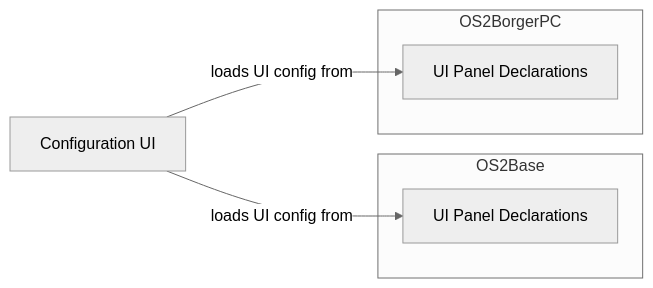
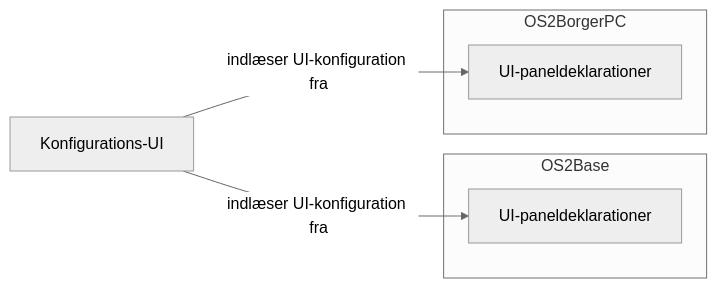
The eighth of 9 diagrams in presentation/slides.md (0xf1e/os2fri-dokumentation), drawn with Mermaid (neutral theme) before and after one commit. The commit also changed other lines of this file, not shown here.

```diff
--- a/presentation/slides.md
+++ b/presentation/slides.md
@@ -230,12 +230,12 @@
 <div class="mermaid">
 flowchart LR
     subgraph OS2Base["OS2Base"]
-        uiDeclarationsBase["UI Panel Declarations"]
+        uiDeclarationsBase["UI-paneldeklarationer"]
     end
     subgraph OS2BorgerPC["OS2BorgerPC"]
-        uiDeclarationsBorgerPC["UI Panel Declarations"]
+        uiDeclarationsBorgerPC["UI-paneldeklarationer"]
     end
-    configurationUi["Configuration UI"]
-    configurationUi -->|loads UI config from| uiDeclarationsBase
-    configurationUi -->|loads UI config from| uiDeclarationsBorgerPC
+    configurationUi["Konfigurations-UI"]
+    configurationUi -->|indlæser UI-konfiguration fra| uiDeclarationsBase
+    configurationUi -->|indlæser UI-konfiguration fra| uiDeclarationsBorgerPC
 </div>
```
